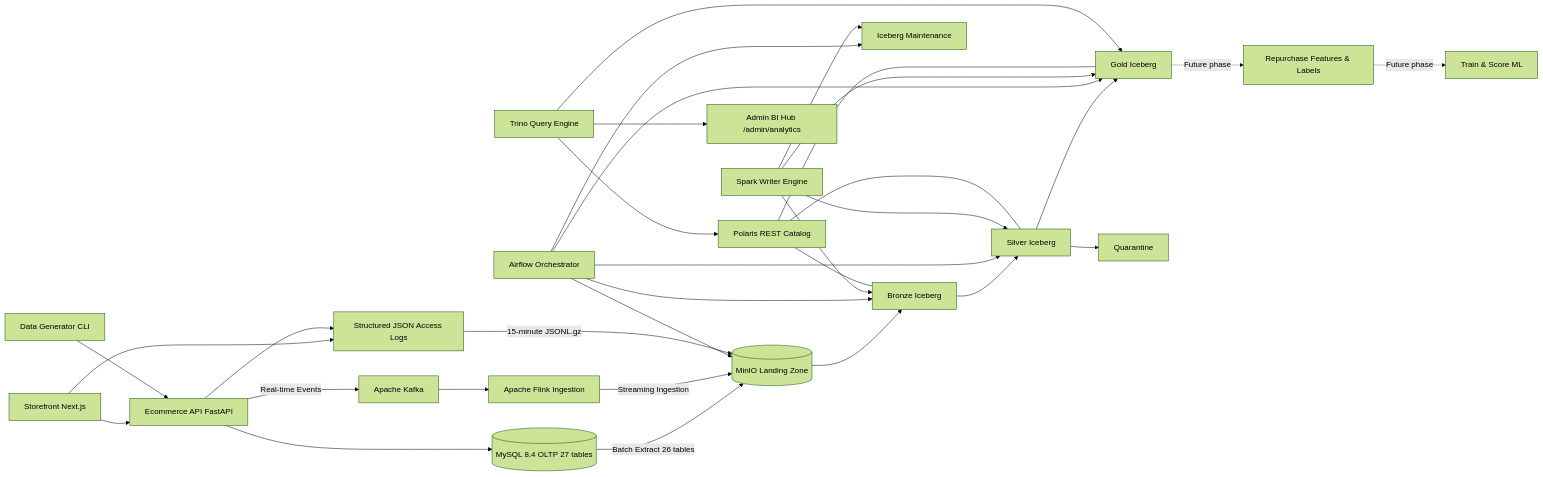
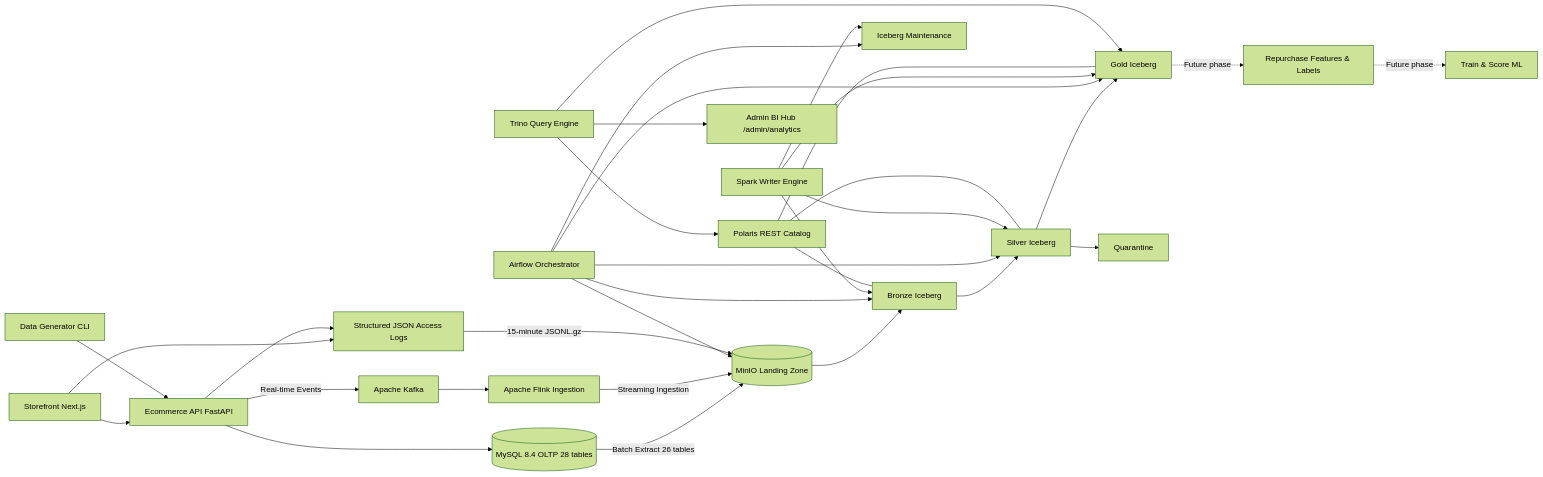
The diagram in docs/architecture/PROJECT_STRUCTURE.md (DanhTrannn/TLCN), drawn with Mermaid (forest theme) before and after one commit. The commit also changed other lines of this file and 3 other files, not shown here.

Commit message:
(docs): System Architecture

````diff
--- a/docs/architecture/PROJECT_STRUCTURE.md
+++ b/docs/architecture/PROJECT_STRUCTURE.md
@@ -9,38 +9,38 @@
 ```mermaid
 flowchart LR
     Browser[Storefront Next.js] --> API[Ecommerce API FastAPI]
     Generator[Data Generator CLI] --> API
-    API --> OLTP[(MySQL 8.4 OLTP 27 tables)]
+    API --> OLTP[(MySQL 8.4 OLTP 28 tables)]
     Browser --> Logs[Structured JSON Access Logs]
     API --> Logs
     API -->|Real-time Events| Kafka[Apache Kafka]
     Kafka --> Flink[Apache Flink Ingestion]
 
     OLTP -->|Batch Extract 26 tables| Landing[(MinIO Landing Zone)]
     Flink -->|Streaming Ingestion| Landing
     Logs -->|15-minute JSONL.gz| Landing
     Landing --> Bronze[Bronze Iceberg]
     Bronze --> Silver[Silver Iceberg]
     Silver --> Gold[Gold Iceberg]
     Silver --> Quarantine[Quarantine]
 
     Airflow[Airflow Orchestrator] --> Landing
     Airflow --> Bronze
     Airflow --> Silver
     Airflow --> Gold
     Airflow --> Maintenance[Iceberg Maintenance]
 
     Spark[Spark Writer Engine] --> Bronze
     Spark --> Silver
     Spark --> Gold
     Spark --> Maintenance
 
     Polaris[Polaris REST Catalog] --- Bronze
     Polaris --- Silver
     Polaris --- Gold
     Trino[Trino Query Engine] --> Polaris
     Trino --> Gold
     Trino --> ECharts[Admin BI Hub /admin/analytics]
     Gold -. Future phase .-> Features[Repurchase Features & Labels]
     Features -. Future phase .-> Model[Train & Score ML]
 ```
````
